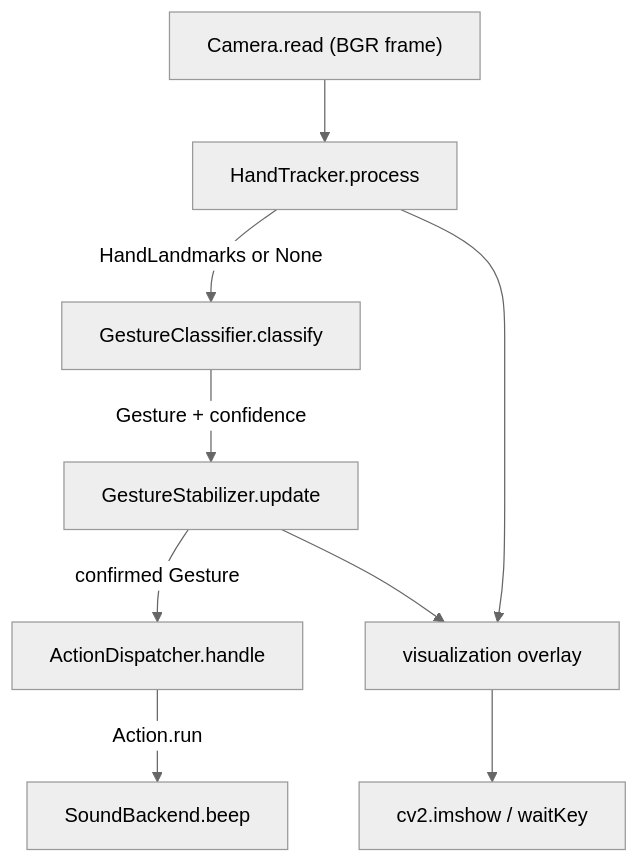
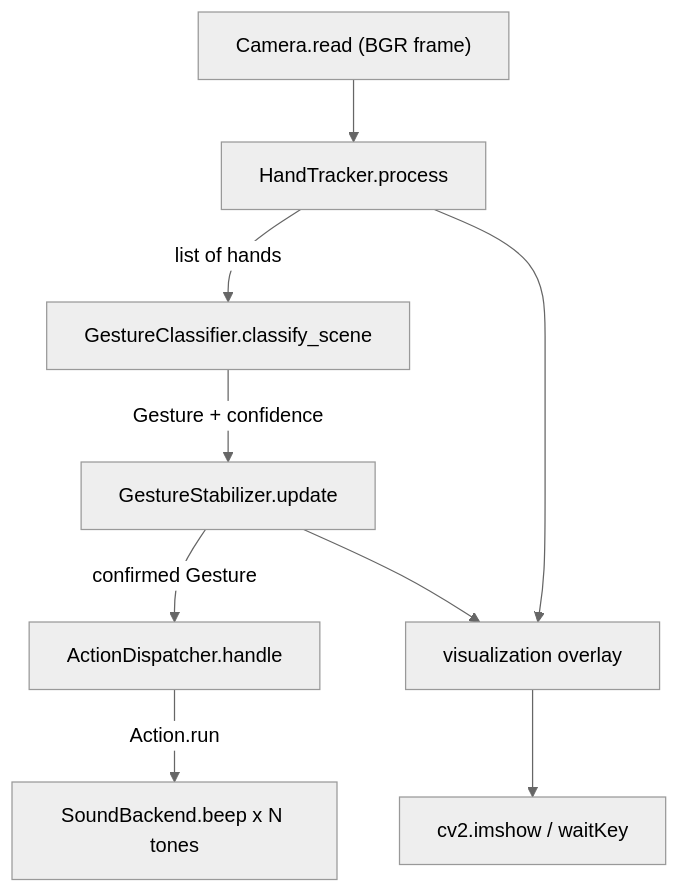
The second of 2 diagrams in README.md (Pouya-Mansournia/vision-gesture-control), drawn with Mermaid (neutral theme) before and after one commit. The commit also changed other lines of this file and 9 other files, not shown here.

First line of the commit message:
Add multi-hand gestures, distinct beep sequences, and README overlay figure

````diff
--- a/README.md
+++ b/README.md
@@ -134,11 +152,11 @@
 ```mermaid
 flowchart TD
     cam["Camera.read (BGR frame)"] --> track["HandTracker.process"]
-    track -->|HandLandmarks or None| clf["GestureClassifier.classify"]
+    track -->|list of hands| clf["GestureClassifier.classify_scene"]
     clf -->|Gesture + confidence| stab["GestureStabilizer.update"]
     stab -->|confirmed Gesture| disp["ActionDispatcher.handle"]
-    disp -->|Action.run| snd["SoundBackend.beep"]
+    disp -->|Action.run| snd["SoundBackend.beep x N tones"]
     track --> viz["visualization overlay"]
     stab --> viz
     viz --> show["cv2.imshow / waitKey"]
 ```
````
